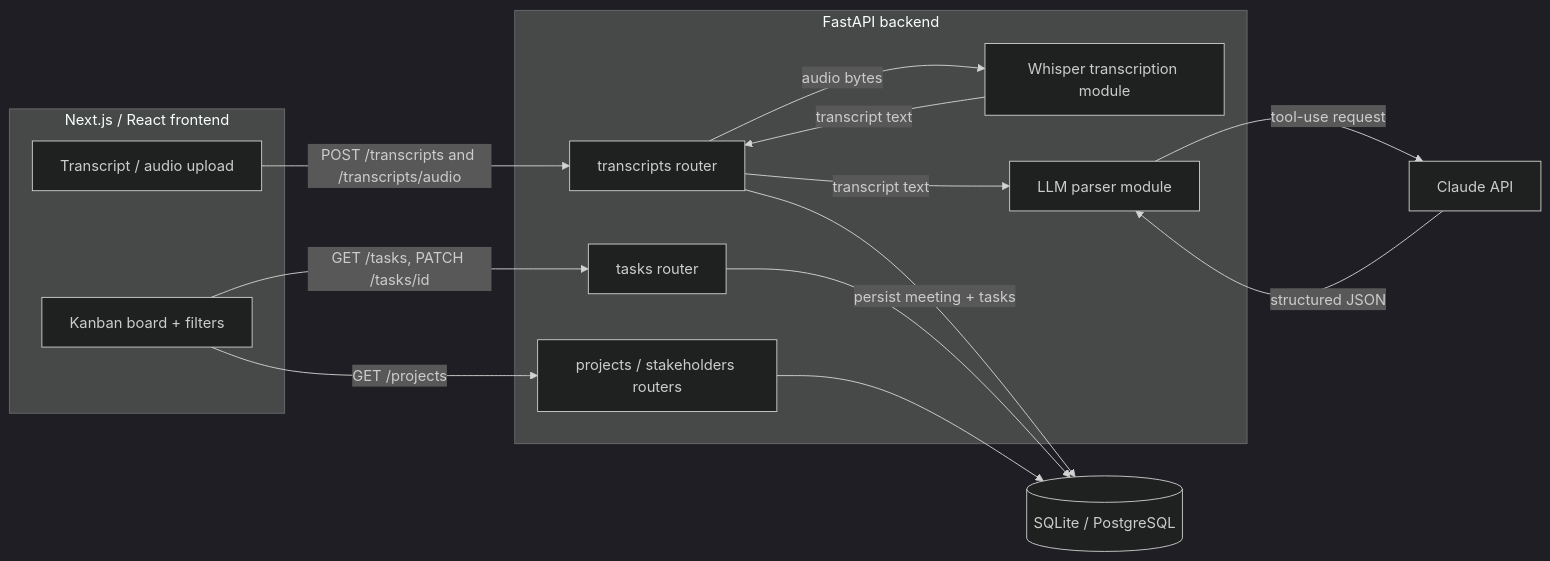
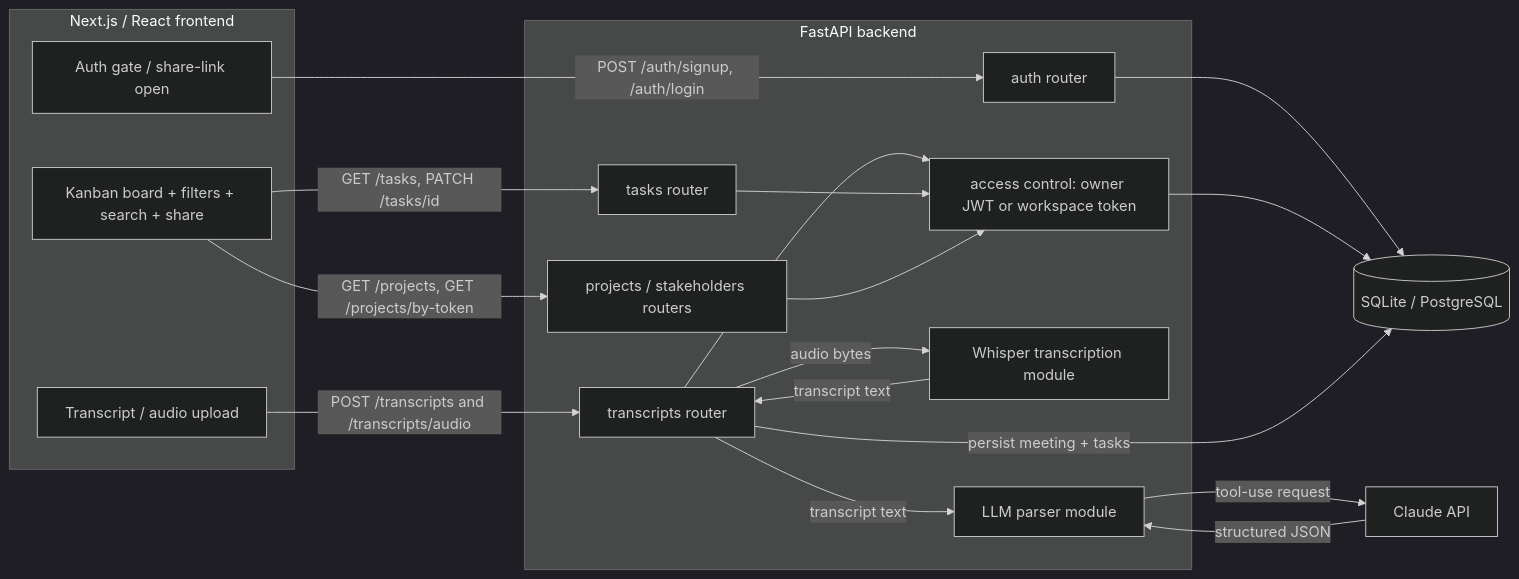
One commit to chinliong/meeting-orchestrator changed the first of 2 diagrams in docs/architecture.md. Above: the diagram before and after it, drawn with Mermaid (dark theme). The commit also changed other lines of this file and 2 other files, not shown here.

````diff
--- a/docs/architecture.md
+++ b/docs/architecture.md
@@ -18,30 +21,37 @@
 ```mermaid
 flowchart LR
     subgraph Client[Next.js / React frontend]
+        A[Auth gate / share-link open]
         U[Transcript / audio upload]
-        K[Kanban board + filters]
+        K[Kanban board + filters + search + share]
     end
 
     subgraph API[FastAPI backend]
+        AU[auth router]
         T[transcripts router]
         TK[tasks router]
         P[projects / stakeholders routers]
+        AC[access control: owner JWT or workspace token]
         W[Whisper transcription module]
         L[LLM parser module]
     end
 
     DB[(SQLite / PostgreSQL)]
     C[Claude API]
 
+    A -->|POST /auth/signup, /auth/login| AU
     U -->|POST /transcripts and /transcripts/audio| T
     K -->|GET /tasks, PATCH /tasks/id| TK
-    K -->|GET /projects| P
+    K -->|GET /projects, GET /projects/by-token| P
+    AU --> DB
+    T --> AC
+    TK --> AC
+    P --> AC
+    AC --> DB
     T -->|audio bytes| W
     W -->|transcript text| T
     T -->|transcript text| L
     L -->|tool-use request| C
     C -->|structured JSON| L
     T -->|persist meeting + tasks| DB
-    TK --> DB
-    P --> DB
 ```
````
